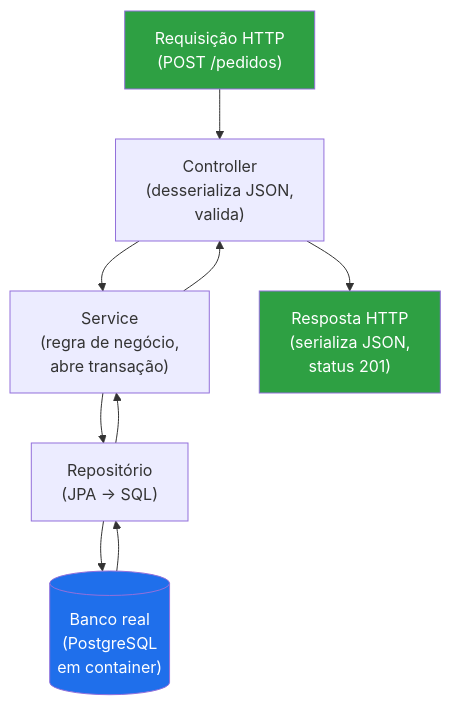
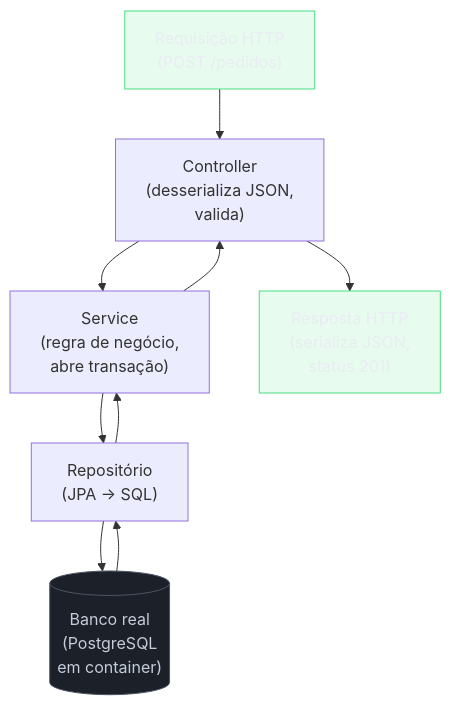
One commit to josenaldo/codex-technomanticus changed the first of 6 diagrams in 03-Dominios/Engenharia/Testes/07 - Testes de integração.md. Above: the diagram before and after it, drawn with Mermaid. The commit also changed other lines of this file and 1181 other files, not shown here.

First line of the commit message:
fix(diagramas): paleta do sistema no lugar de cor cravada no markdown

````diff
--- a/03-Dominios/Engenharia/Testes/07 - Testes de integração.md
+++ b/03-Dominios/Engenharia/Testes/07 - Testes de integração.md
@@ -69,15 +69,17 @@
 ```mermaid
 flowchart TD
+    classDef neutro fill:#1B2029,stroke:#4E5666,color:#C6CCD8
+    classDef ok fill:#4ADE8021,stroke:#4ADE80,color:#E9ECF2
     REQ["Requisição HTTP\n(POST /pedidos)"] --> CTRL["Controller\n(desserializa JSON,\nvalida)"]
     CTRL --> SVC["Service\n(regra de negócio,\nabre transação)"]
     SVC --> REPO["Repositório\n(JPA → SQL)"]
     REPO --> DB[("Banco real\n(PostgreSQL\nem container)")]
     DB --> REPO
     REPO --> SVC
     SVC --> CTRL
     CTRL --> RESP["Resposta HTTP\n(serializa JSON,\nstatus 201)"]
 
-    style DB fill:#1f6feb,color:#fff
-    style REQ fill:#2ea043,color:#fff
-    style RESP fill:#2ea043,color:#fff
+    class DB neutro
+    class REQ ok
+    class RESP ok
 ```
````
